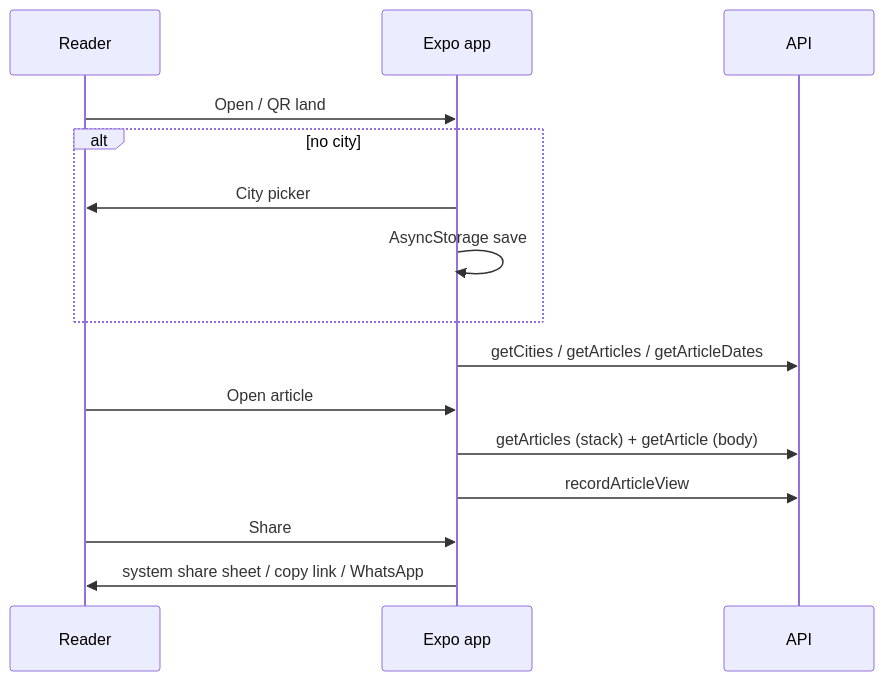
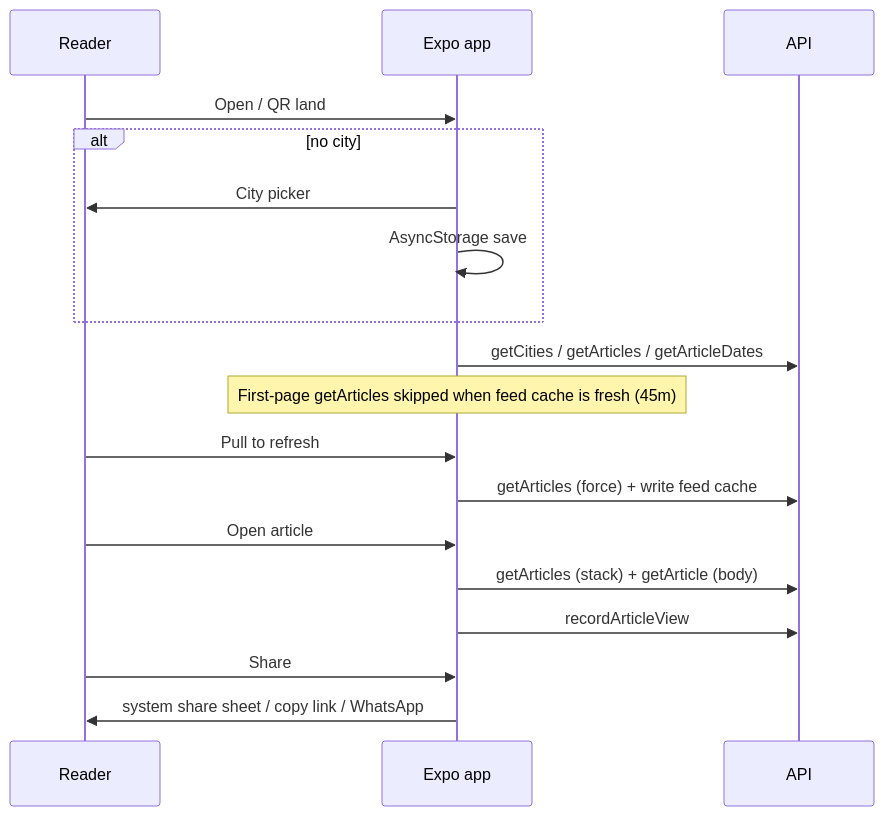
One commit to sshivanshg/TAZAkhabar changed the second of 2 diagrams in docs/architecture/06-reader-app.md. Above: the diagram before and after it, drawn with Mermaid. The commit also changed other lines of this file and 7 other files, not shown here.

````diff
--- a/docs/architecture/06-reader-app.md
+++ b/docs/architecture/06-reader-app.md
@@ -89,17 +96,20 @@
 ```mermaid
 sequenceDiagram
   participant U as Reader
   participant App as Expo app
   participant API as API
   U->>App: Open / QR land
   alt no city
     App->>U: City picker
     App->>App: AsyncStorage save
   end
   App->>API: getCities / getArticles / getArticleDates
+  Note over App: First-page getArticles skipped when feed cache is fresh (45m)
+  U->>App: Pull to refresh
+  App->>API: getArticles (force) + write feed cache
   U->>App: Open article
   App->>API: getArticles (stack) + getArticle (body)
   App->>API: recordArticleView
   U->>App: Share
   App->>U: system share sheet / copy link / WhatsApp
 ```
````
